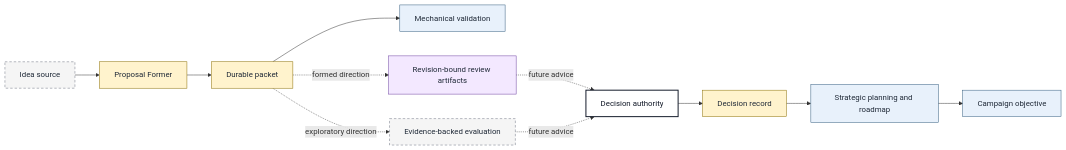
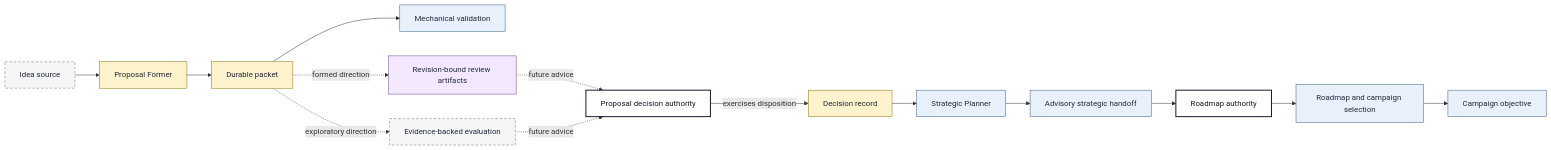
One commit to bline/work-engine changed the second of 3 diagrams in ARCHITECTURE.md. Above: the diagram before and after it, drawn with Mermaid. The commit also changed other lines of this file, not shown here.

````diff
--- a/ARCHITECTURE.md
+++ b/ARCHITECTURE.md
@@ -360,24 +371,27 @@
 ```mermaid
 flowchart LR
   I[Idea source] --> F[Proposal Former]
   F --> P[Durable packet]
   P --> V[Mechanical validation]
   P -. formed direction .-> R[Revision-bound review artifacts]
   P -. exploratory direction .-> E[Evidence-backed evaluation]
-  R -. future advice .-> A[Decision authority]
-  E -. future advice .-> A
-  A --> D[Decision record]
-  D --> S[Strategic planning and roadmap]
-  S --> C[Campaign objective]
+  R -. future advice .-> PA[Proposal decision authority]
+  E -. future advice .-> PA
+  PA -->|exercises disposition| D[Decision record]
+  D --> S[Strategic Planner]
+  S --> SH[Advisory strategic handoff]
+  SH --> RA[Roadmap authority]
+  RA --> RM[Roadmap and campaign selection]
+  RM --> C[Campaign objective]
 
   classDef implemented fill:#e8f1fb,stroke:#315b7d,color:#1f2937;
   classDef active fill:#fff3cd,stroke:#8a6d00,color:#1f2937;
   classDef formed fill:#f3e8ff,stroke:#6b3fa0,color:#1f2937;
   classDef exploratory fill:#f5f5f5,stroke:#6b7280,color:#1f2937,stroke-dasharray:5 4;
   classDef authority fill:#ffffff,stroke:#111827,color:#111827,stroke-width:2px;
-  class V,S,C implemented;
+  class V,S,SH,RM,C implemented;
   class F,P,D active;
   class R formed;
   class I,E exploratory;
-  class A authority;
+  class PA,RA authority;
 ```
````
